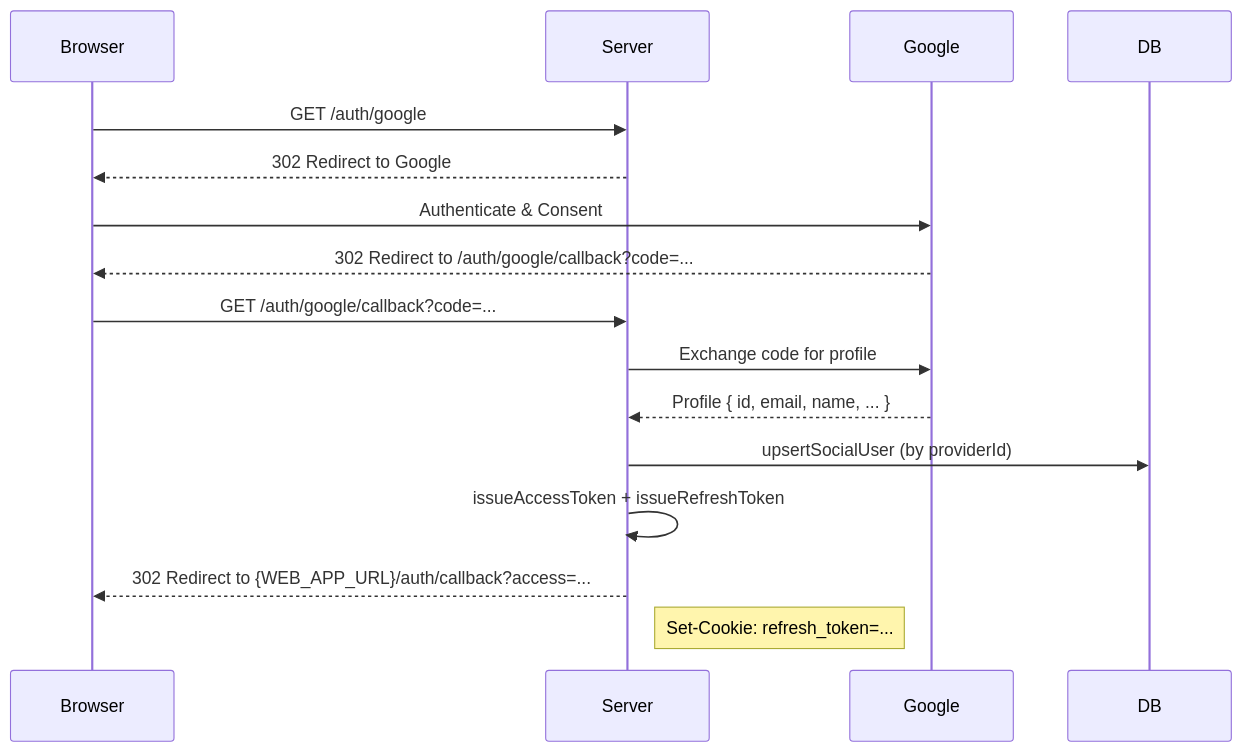
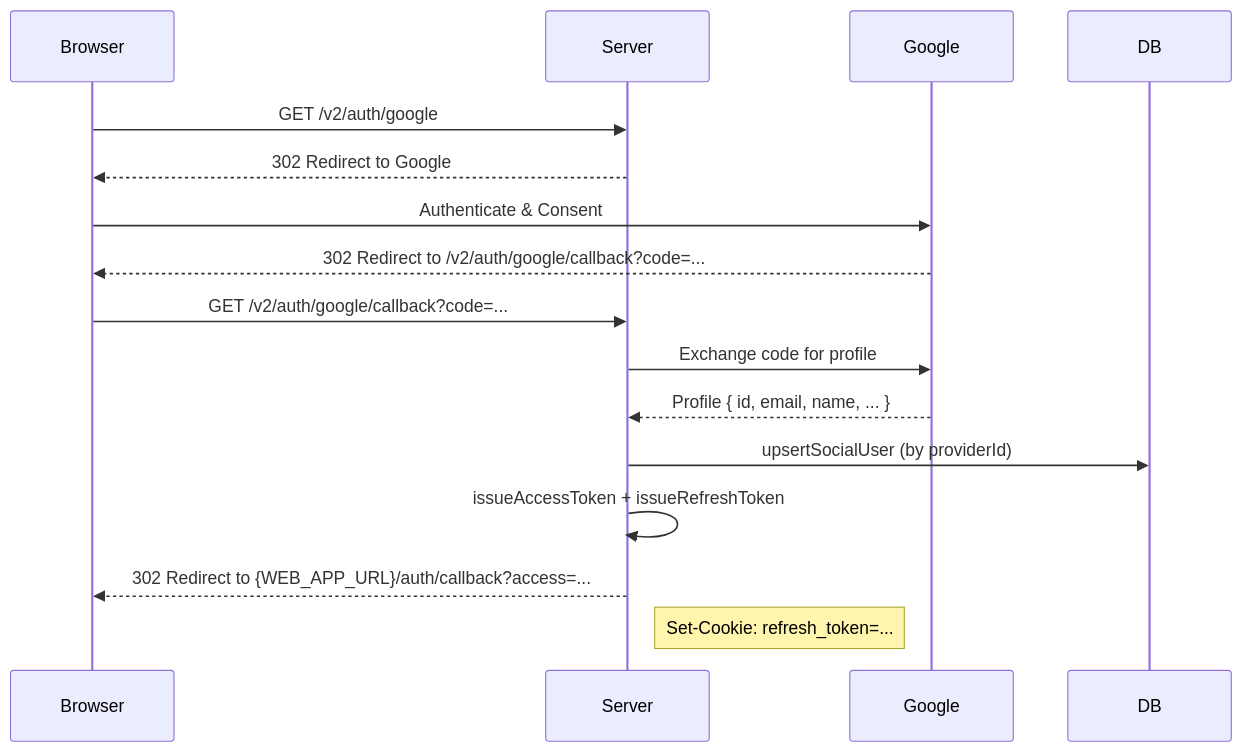
Before and after one commit to duwaragie-work/cardioplace-v2: the second of 4 diagrams in docs/AUTH_MODULE.md, drawn with Mermaid. The commit also changed other lines of this file and 2 other files, not shown here.

````diff
--- a/docs/AUTH_MODULE.md
+++ b/docs/AUTH_MODULE.md
@@ -297,18 +309,18 @@
 ```mermaid
 sequenceDiagram
     participant Browser
     participant Server
     participant Google
 
-    Browser->>Server: GET /auth/google
+    Browser->>Server: GET /v2/auth/google
     Server-->>Browser: 302 Redirect to Google
     Browser->>Google: Authenticate & Consent
-    Google-->>Browser: 302 Redirect to /auth/google/callback?code=...
-    Browser->>Server: GET /auth/google/callback?code=...
+    Google-->>Browser: 302 Redirect to /v2/auth/google/callback?code=...
+    Browser->>Server: GET /v2/auth/google/callback?code=...
     Server->>Google: Exchange code for profile
     Google-->>Server: Profile { id, email, name, ... }
     Server->>DB: upsertSocialUser (by providerId)
     Server->>Server: issueAccessToken + issueRefreshToken
     Server-->>Browser: 302 Redirect to {WEB_APP_URL}/auth/callback?access=...
     Note right of Server: Set-Cookie: refresh_token=...
 ```
````
